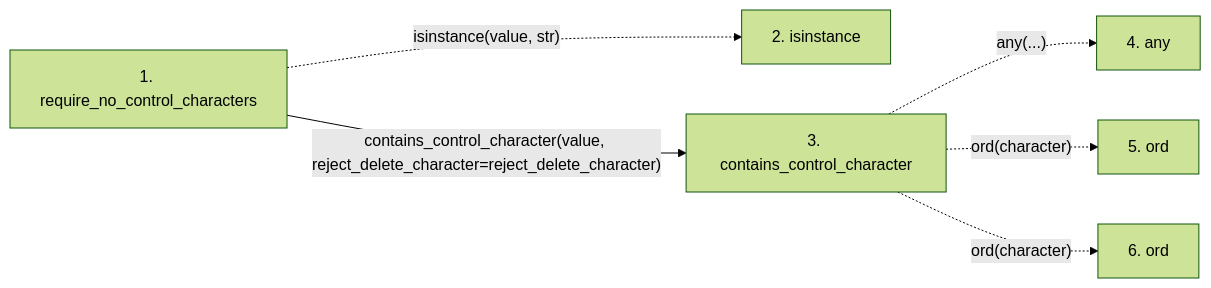
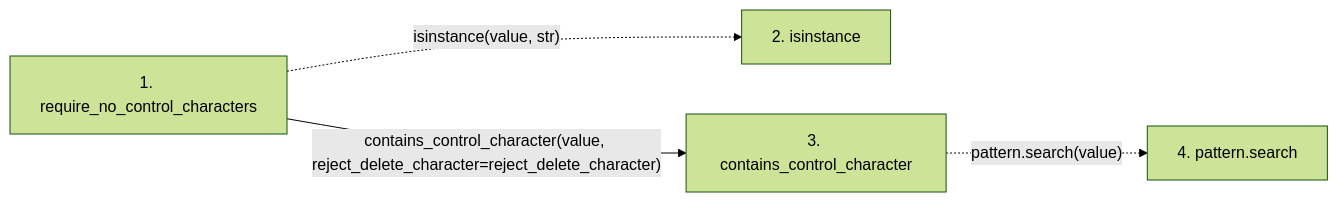
Before and after one commit to Denissvgn/python-wiki-llm: the second of 2 diagrams in docs/llm_wiki/flows/api-require_no_control_characters.md, drawn with Mermaid (forest theme). The commit also changed other lines of this file and 865 other files, not shown here.

````diff
--- a/docs/llm_wiki/flows/api-require_no_control_characters.md
+++ b/docs/llm_wiki/flows/api-require_no_control_characters.md
@@ -27,16 +24,12 @@
 ```mermaid
 flowchart LR
     s1["1. require_no_control_characters"]
     s2["2. isinstance"]
     s3["3. contains_control_character"]
-    s4["4. any"]
-    s5["5. ord"]
-    s6["6. ord"]
+    s4["4. pattern.search"]
     s1 -. "isinstance(value, str)" .-> s2
     s1 -->|"contains_control_character(value, reject_delete_character=reject_delete_character)"| s3
-    s3 -. "any(...)" .-> s4
-    s3 -. "ord(character)" .-> s5
-    s3 -. "ord(character)" .-> s6
+    s3 -. "pattern.search(value)" .-> s4
     click s1 "../modules/validation.md"
     click s3 "../modules/validation.md"
 ```
````
